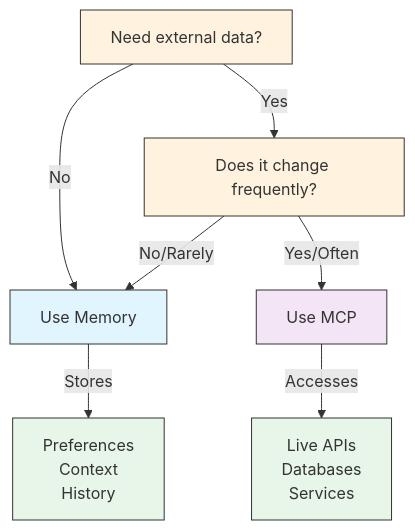
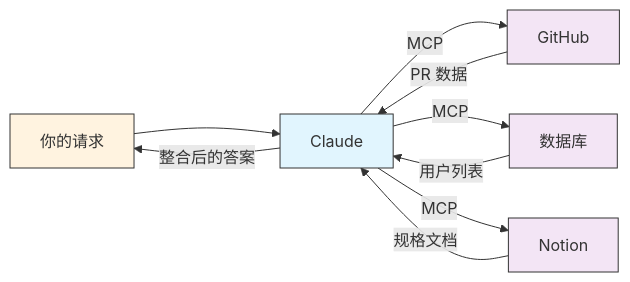
The first of 3 diagrams in 07-mcp/README.md (hellojoju/claude-code-lesson), drawn with Mermaid before and after one commit. The commit also changed other lines of this file and 11 other files, not shown here.

````diff
--- a/07-mcp/README.md
+++ b/07-mcp/README.md
@@ -866,18 +31,17 @@
 ```mermaid
-graph TD
-    A["Need external data?"]
-    A -->|No| B["Use Memory"]
-    A -->|Yes| C["Does it change frequently?"]
-    C -->|No/Rarely| B
-    C -->|Yes/Often| D["Use MCP"]
-
-    B -->|Stores| E["Preferences<br/>Context<br/>History"]
-    D -->|Accesses| F["Live APIs<br/>Databases<br/>Services"]
+graph LR
+    A["你的请求"] --> B["Claude"]
+    B -->|MCP| C["GitHub"]
+    B -->|MCP| D["数据库"]
+    B -->|MCP| E["Notion"]
+    C -->|"PR 数据"| B
+    D -->|"用户列表"| B
+    E -->|"规格文档"| B
+    B -->|"整合后的答案"| A
 
     style A fill:#fff3e0,stroke:#333,color:#333
     style B fill:#e1f5fe,stroke:#333,color:#333
-    style C fill:#fff3e0,stroke:#333,color:#333
+    style C fill:#f3e5f5,stroke:#333,color:#333
     style D fill:#f3e5f5,stroke:#333,color:#333
-    style E fill:#e8f5e9,stroke:#333,color:#333
-    style F fill:#e8f5e9,stroke:#333,color:#333
+    style E fill:#f3e5f5,stroke:#333,color:#333
 ```
````
